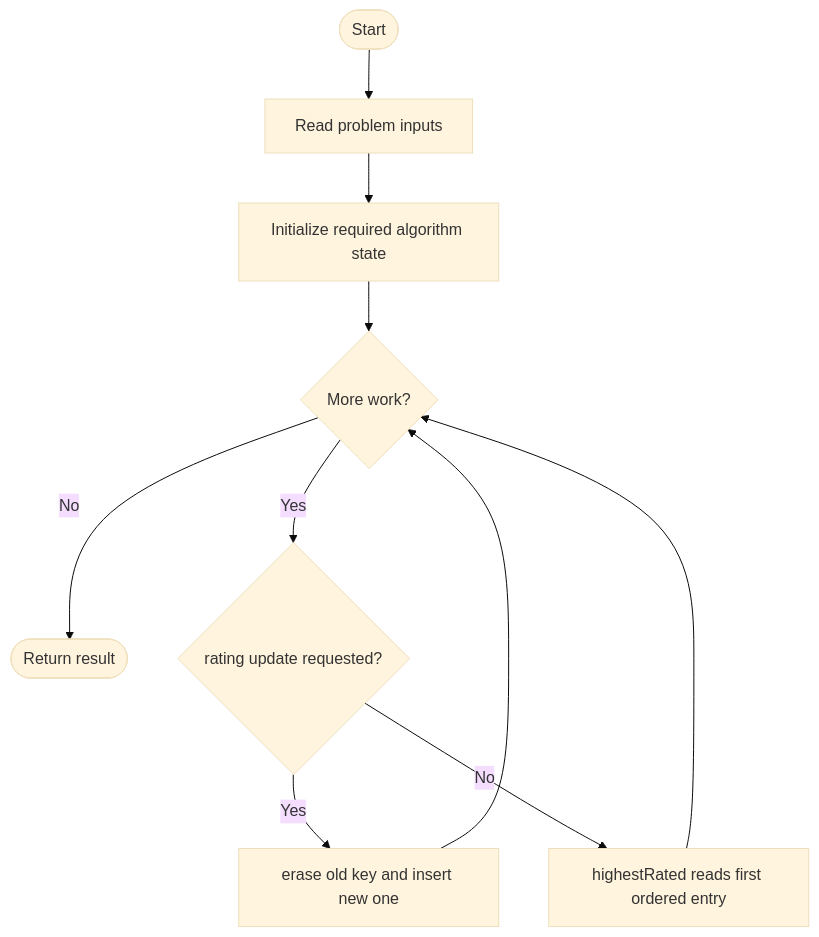
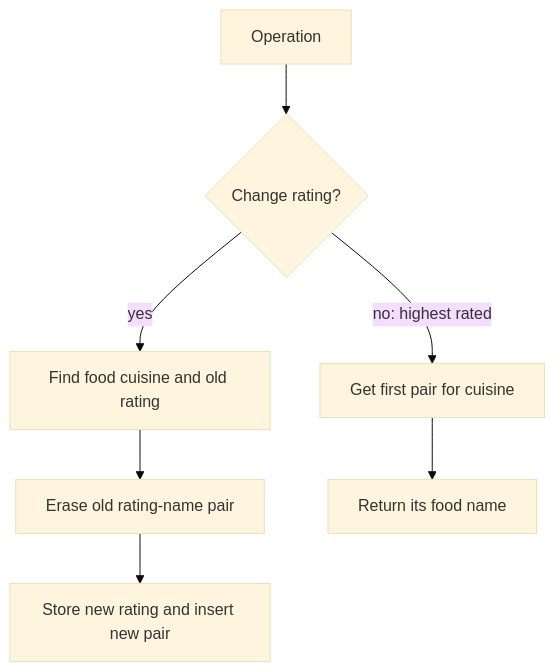
Before and after one commit to SAIDEEPBHANGE/C-CPP-Codes: the diagram in LeetCode/2353/README.md, drawn with Mermaid (base theme). The commit also changed other lines of this file and 196 other files, not shown here.

````diff
--- a/LeetCode/2353/README.md
+++ b/LeetCode/2353/README.md
@@ -13,12 +45,9 @@
 ```mermaid
 flowchart TD
-    A([Start]) --> B[Read problem inputs]
-    B --> C[Initialize required algorithm state]
-    C --> D{More work?}
-    D -- No --> Z([Return result])
-    D -- Yes --> E{rating update requested?}
-    E -- Yes --> F[erase old key and insert new one]
-    E -- No --> G[highestRated reads first ordered entry]
-    F --> D
-    G --> D
+    A[Operation] --> B{Change rating?}
+    B -->|yes| C[Find food cuisine and old rating]
+    C --> D[Erase old rating-name pair]
+    D --> E[Store new rating and insert new pair]
+    B -->|no: highest rated| F[Get first pair for cuisine]
+    F --> G[Return its food name]
 ```
````
